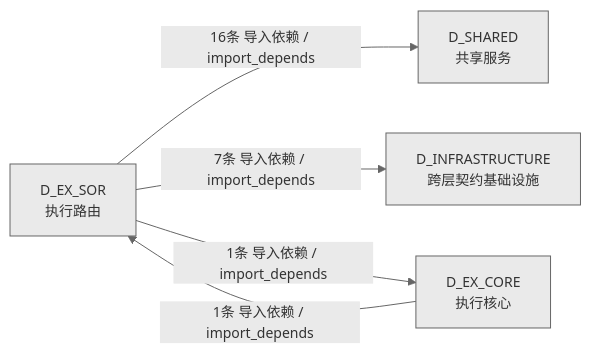
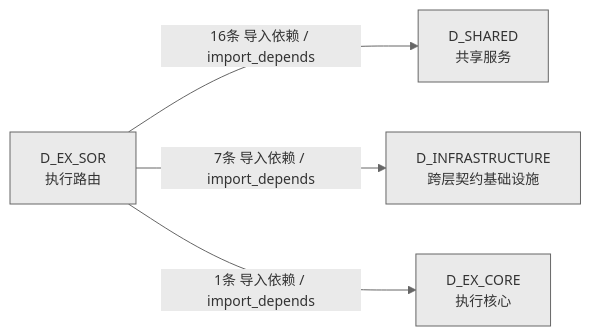
Before and after one commit to xuanFelixVan/ZephyrAlpha: the third of 3 diagrams in docs/02_enterprise_architecture/02_domain_architecture_docs/45_d_ex_sor.md, drawn with Mermaid. The commit also changed other lines of this file and 46 other files, not shown here.

````diff
--- a/docs/02_enterprise_architecture/02_domain_architecture_docs/45_d_ex_sor.md
+++ b/docs/02_enterprise_architecture/02_domain_architecture_docs/45_d_ex_sor.md
@@ -240,12 +237,11 @@
 ```mermaid
 %%{init: {'theme': 'base', 'themeVariables': {'primaryColor': '#eaeaea', 'primaryTextColor': '#333333', 'primaryBorderColor': '#666666', 'lineColor': '#666666', 'secondaryColor': '#eaeaea', 'tertiaryColor': '#eaeaea', 'fontSize': '14px'}}}%%
 graph LR
     D_EX_SOR["D_EX_SOR<br/>执行路由"]
     D_SHARED["D_SHARED<br/>共享服务"]
     D_INFRASTRUCTURE["D_INFRASTRUCTURE<br/>跨层契约基础设施"]
     D_EX_CORE["D_EX_CORE<br/>执行核心"]
     D_EX_SOR -->|16条 导入依赖 / import_depends| D_SHARED
     D_EX_SOR -->|7条 导入依赖 / import_depends| D_INFRASTRUCTURE
     D_EX_SOR -->|1条 导入依赖 / import_depends| D_EX_CORE
-    D_EX_CORE -->|1条 导入依赖 / import_depends| D_EX_SOR
 ```
````
